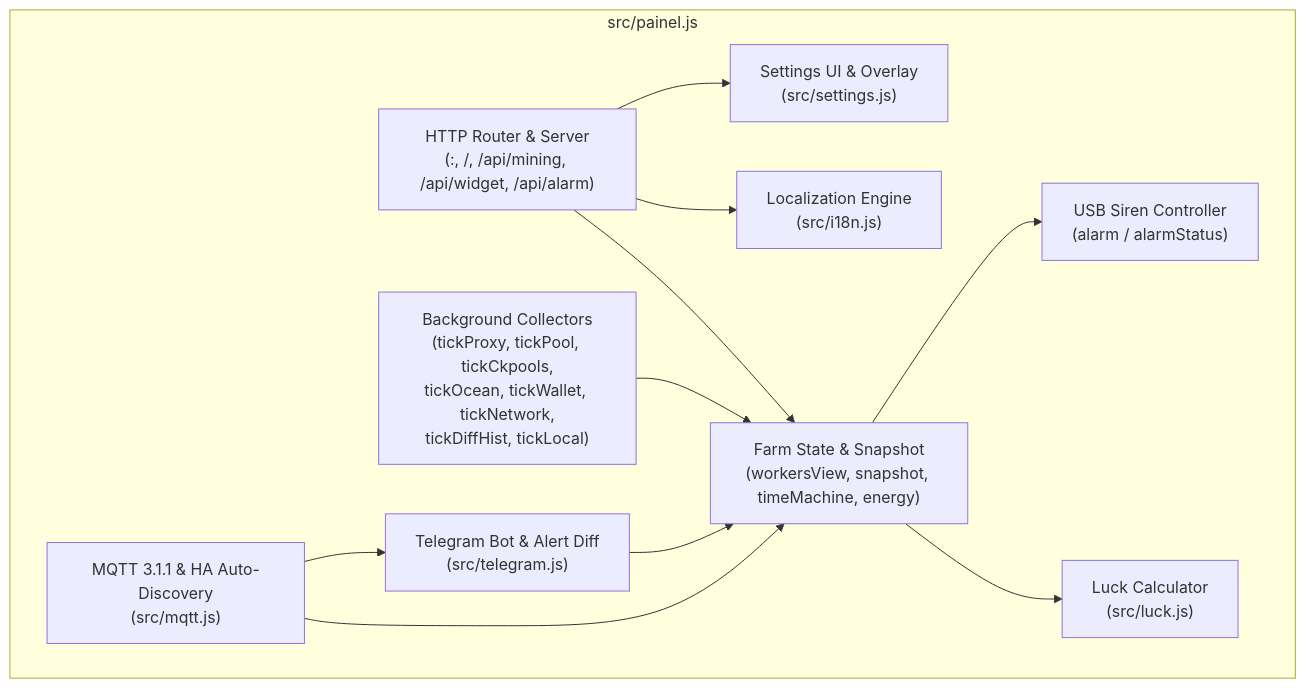
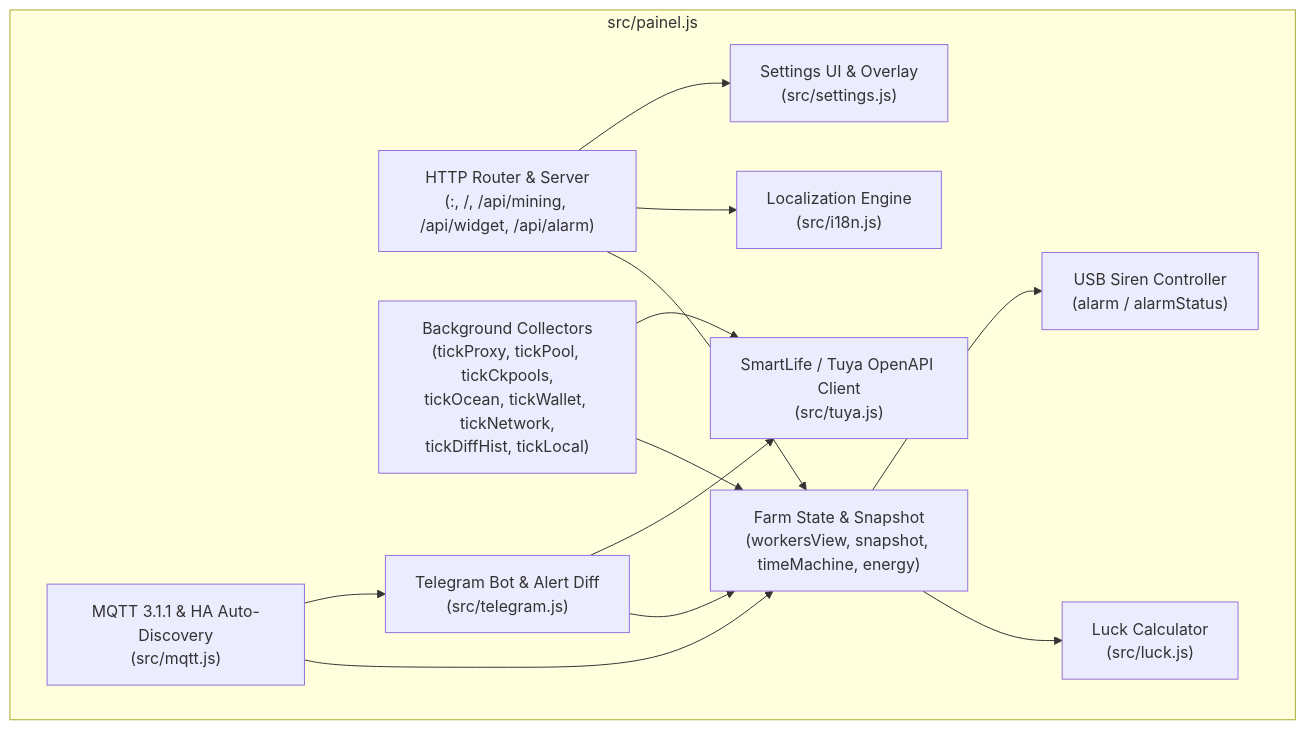
Before and after one commit to Modanez/HomeMinerProxy: the fourth of 6 diagrams in docs/c4/README.md, drawn with Mermaid. The commit also changed other lines of this file and 25 other files, not shown here.

Commit message:
feat(tuya): add direct SmartLife / Tuya smart plug telemetry, control and watchdog

````diff
--- a/docs/c4/README.md
+++ b/docs/c4/README.md
@@ -141,24 +144,27 @@
 ```mermaid
 flowchart TB
     subgraph PainelProcess["src/painel.js"]
         HTTPServer["HTTP Router & Server\n(:, /, /api/mining, /api/widget, /api/alarm)"]
         Collectors["Background Collectors\n(tickProxy, tickPool, tickCkpools,\ntickOcean, tickWallet, tickNetwork,\ntickDiffHist, tickLocal)"]
         StateEngine["Farm State & Snapshot\n(workersView, snapshot, timeMachine, energy)"]
         LuckMod["Luck Calculator\n(src/luck.js)"]
         I18nMod["Localization Engine\n(src/i18n.js)"]
         SettingsMod["Settings UI & Overlay\n(src/settings.js)"]
         TelegramMod["Telegram Bot & Alert Diff\n(src/telegram.js)"]
         MqttMod["MQTT 3.1.1 & HA Auto-Discovery\n(src/mqtt.js)"]
+        TuyaMod["SmartLife / Tuya OpenAPI Client\n(src/tuya.js)"]
         AlarmMod["USB Siren Controller\n(alarm / alarmStatus)"]
     end
 
     Collectors --> StateEngine
+    Collectors --> TuyaMod
     StateEngine --> LuckMod
     StateEngine --> AlarmMod
     HTTPServer --> StateEngine
     HTTPServer --> I18nMod
     HTTPServer --> SettingsMod
     TelegramMod --> StateEngine
+    TelegramMod --> TuyaMod
     MqttMod --> StateEngine
     MqttMod --> TelegramMod
 ```
````
